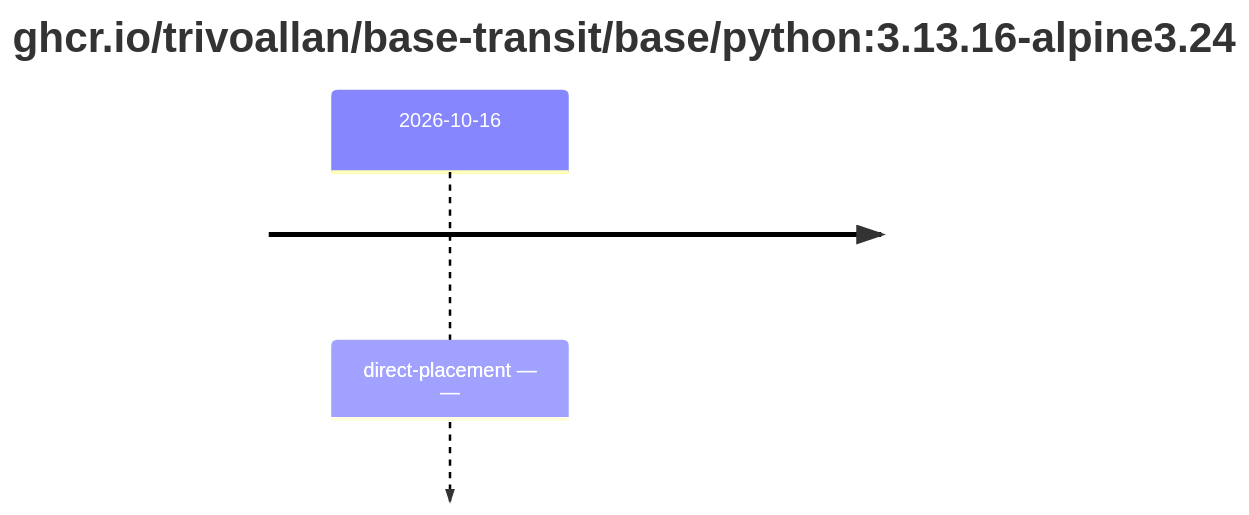
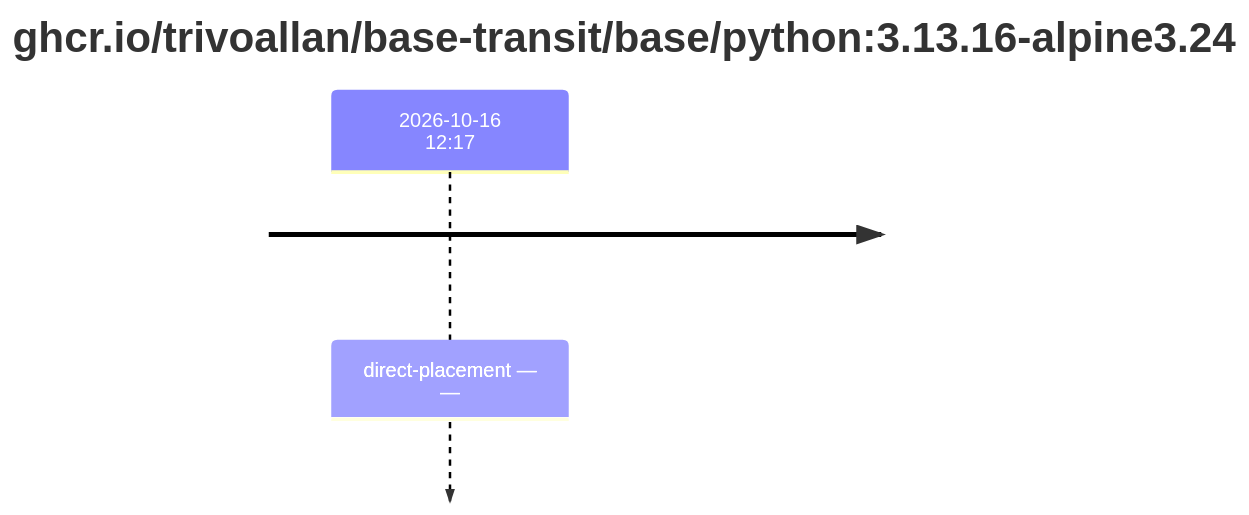
The third of 4 diagrams in results/reports/base-python-3/sha256:9d22624f81e89f73a84c60a309b9af2a2d8d81a05e79e285e2217b2f947f5205.md (trivoallan/base-images), drawn with Mermaid before and after one commit. The commit also changed other lines of this file and 12 other files, not shown here.

````diff
--- a/results/reports/base-python-3/sha256:9d22624f81e89f73a84c60a309b9af2a2d8d81a05e79e285e2217b2f947f5205.md
+++ b/results/reports/base-python-3/sha256:9d22624f81e89f73a84c60a309b9af2a2d8d81a05e79e285e2217b2f947f5205.md
@@ -33,5 +33,5 @@
 ```mermaid
 timeline
     title ghcr.io/trivoallan/base-transit/base/python#58;3.13.16-alpine3.24
-    2026-10-16 : direct-placement — —
+    2026-10-16 12#58;17 : direct-placement — —
 ```
````
